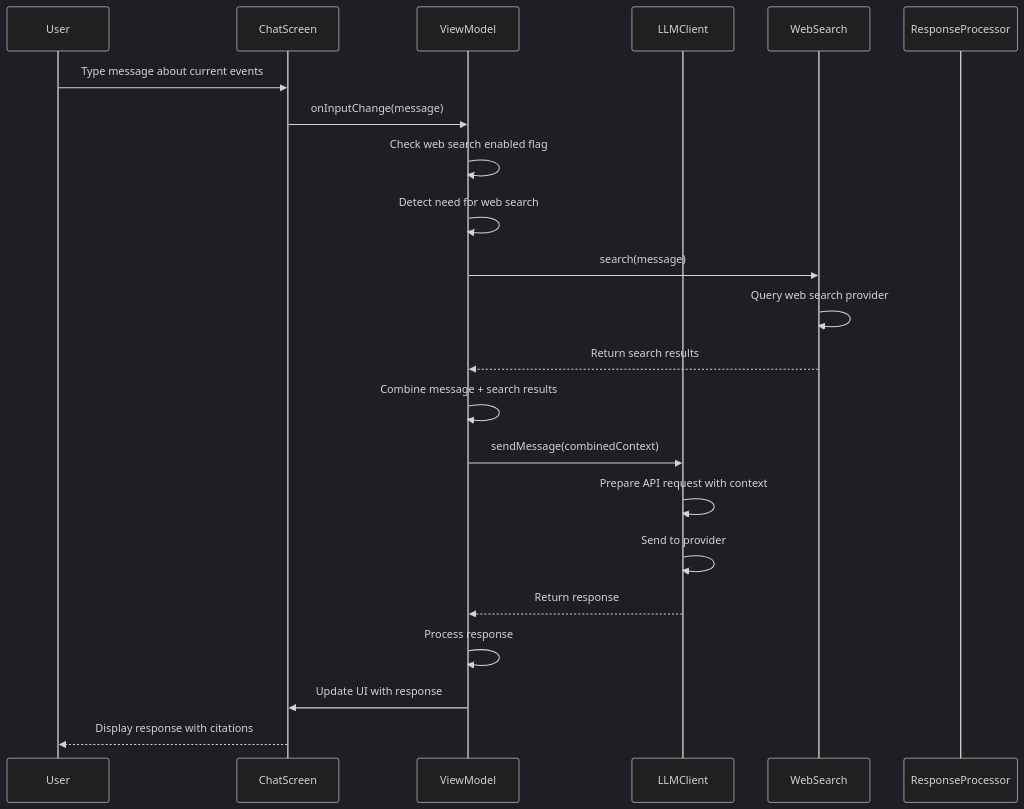
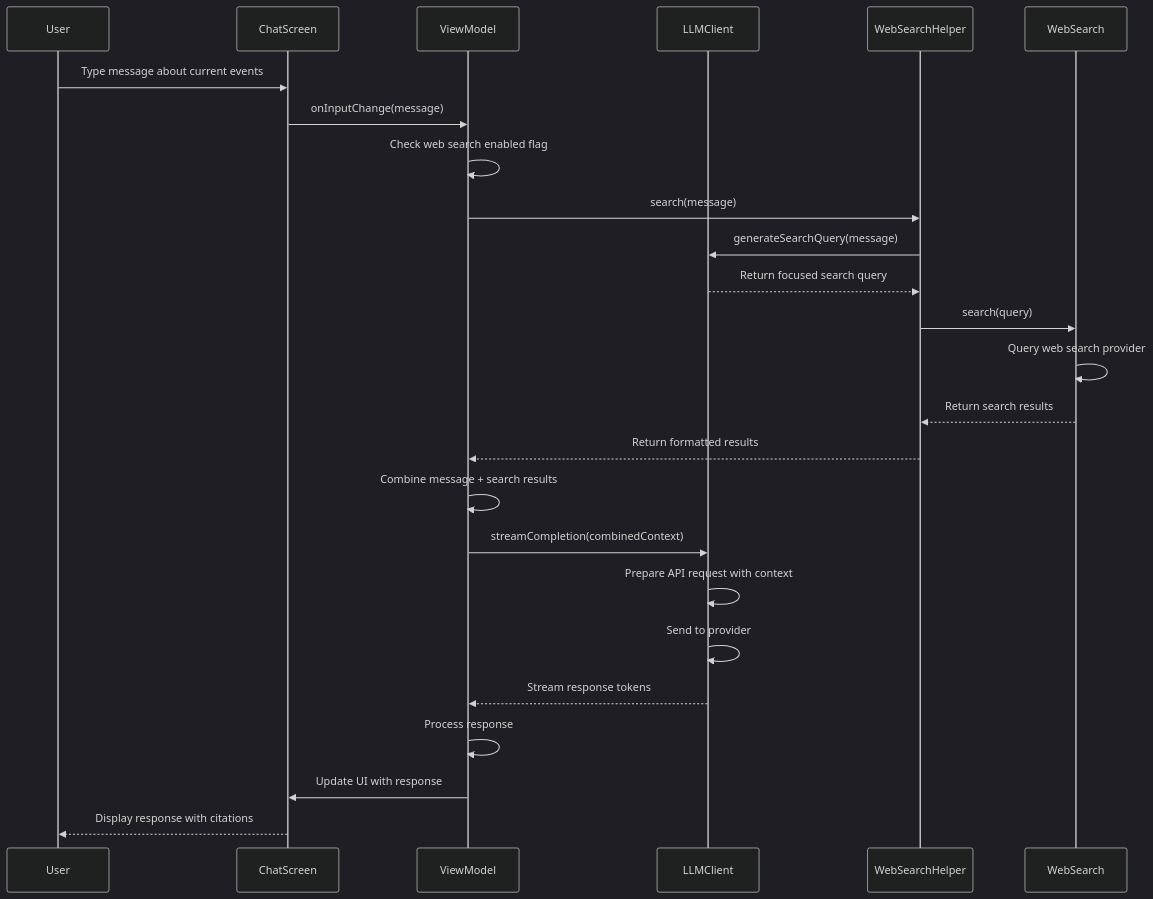
The second of 10 diagrams in docs/seq_chat.md (lehoang318/buddy), drawn with Mermaid (dark theme) before and after one commit. The commit also changed other lines of this file and 7 other files, not shown here.

````diff
--- a/docs/seq_chat.md
+++ b/docs/seq_chat.md
@@ -33,25 +32,28 @@
 ```mermaid
 sequenceDiagram
     participant User
     participant ChatScreen
     participant ViewModel
     participant LLMClient
+    participant WebSearchHelper
     participant WebSearch
-    participant ResponseProcessor
 
     User->>ChatScreen: Type message about current events
     ChatScreen->>ViewModel: onInputChange(message)
     ViewModel->>ViewModel: Check web search enabled flag
-    ViewModel->>ViewModel: Detect need for web search
-    ViewModel->>WebSearch: search(message)
+    ViewModel->>WebSearchHelper: search(message)
+    WebSearchHelper->>LLMClient: generateSearchQuery(message)
+    LLMClient-->>WebSearchHelper: Return focused search query
+    WebSearchHelper->>WebSearch: search(query)
     WebSearch->>WebSearch: Query web search provider
-    WebSearch-->>ViewModel: Return search results
+    WebSearch-->>WebSearchHelper: Return search results
+    WebSearchHelper-->>ViewModel: Return formatted results
     ViewModel->>ViewModel: Combine message + search results
-    ViewModel->>LLMClient: sendMessage(combinedContext)
+    ViewModel->>LLMClient: streamCompletion(combinedContext)
     LLMClient->>LLMClient: Prepare API request with context
     LLMClient->>LLMClient: Send to provider
-    LLMClient-->>ViewModel: Return response
+    LLMClient-->>ViewModel: Stream response tokens
     ViewModel->>ViewModel: Process response
     ViewModel->>ChatScreen: Update UI with response
     ChatScreen-->>User: Display response with citations
 ```
````
